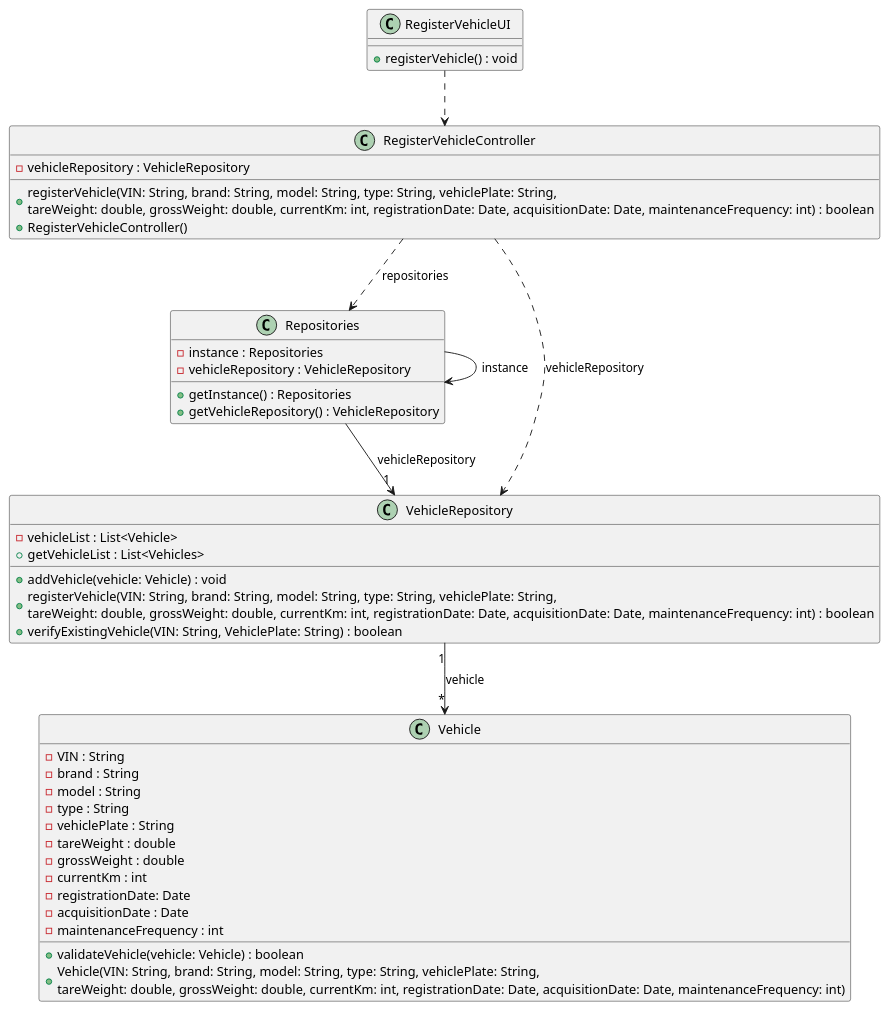
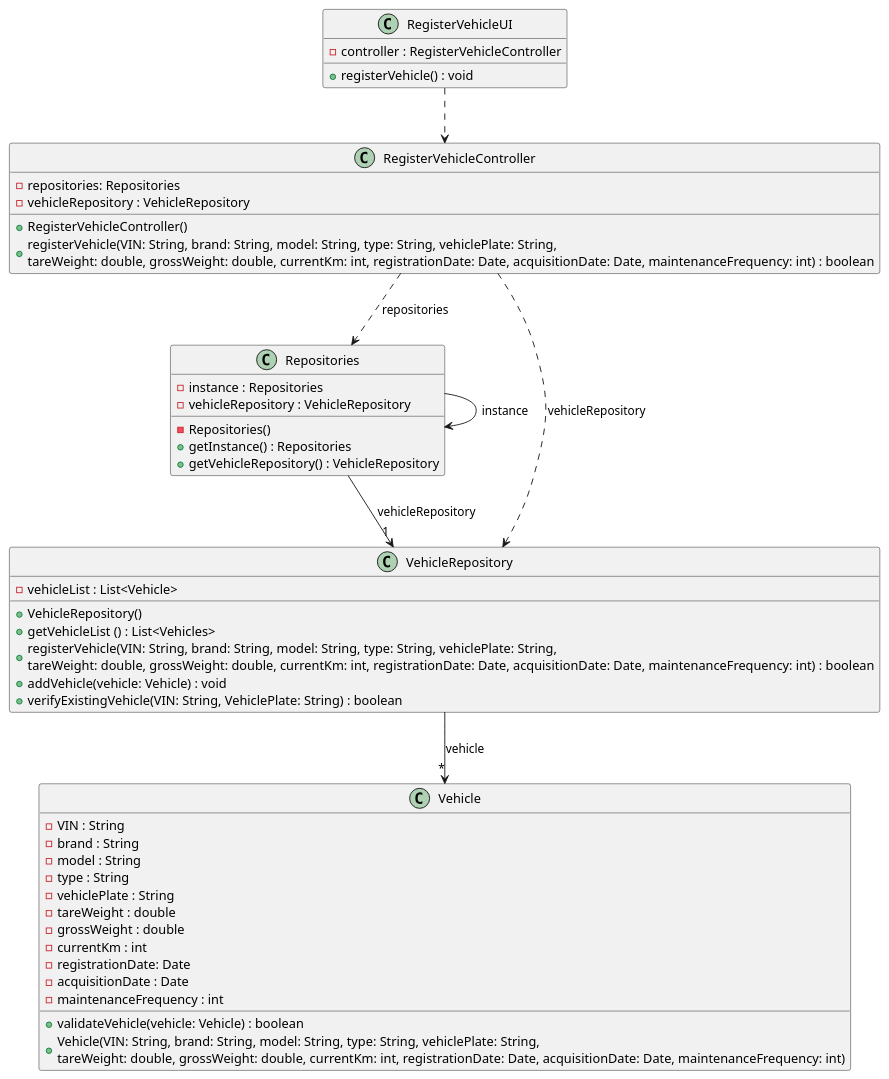
Before and after one commit to ricardomm7/leaflink: the diagram in docs/sprintB/us006/03.design/puml/us006-class-diagram.puml, drawn with PlantUML. The commit also changed 10 other files, not shown here.

Commit message:
Refactor ListMaintenanceController and RegisterVehicleController for clarity and consistency; update sequence diagrams to reflect changes

```diff
--- a/docs/sprintB/us006/03.design/puml/us006-class-diagram.puml
+++ b/docs/sprintB/us006/03.design/puml/us006-class-diagram.puml
@@ -1,56 +1,63 @@
 @startuml
 skinparam shadowing false
 skinparam line type polyline
 
 'left to right direction
 
     class RegisterVehicleUI {
+        - controller : RegisterVehicleController
         + registerVehicle() : void
     }
 
     class RegisterVehicleController {
+        - repositories: Repositories
         - vehicleRepository : VehicleRepository
+
+        + RegisterVehicleController()
         + registerVehicle(VIN: String, brand: String, model: String, type: String, vehiclePlate: String, \ntareWeight: double, grossWeight: double, currentKm: int, registrationDate: Date, acquisitionDate: Date, maintenanceFrequency: int) : boolean
-        + RegisterVehicleController()
     }
 
     class Repositories {
         - instance : Repositories
         - vehicleRepository : VehicleRepository
+
+        - Repositories()
         + getInstance() : Repositories
         + getVehicleRepository() : VehicleRepository
     }
 
     class VehicleRepository {
         - vehicleList : List<Vehicle>
-        + getVehicleList : List<Vehicles>
+
+        + VehicleRepository()
+        + getVehicleList () : List<Vehicles>
+        + registerVehicle(VIN: String, brand: String, model: String, type: String, vehiclePlate: String, \ntareWeight: double, grossWeight: double, currentKm: int, registrationDate: Date, acquisitionDate: Date, maintenanceFrequency: int) : boolean
         + addVehicle(vehicle: Vehicle) : void
-        + registerVehicle(VIN: String, brand: String, model: String, type: String, vehiclePlate: String, \ntareWeight: double, grossWeight: double, currentKm: int, registrationDate: Date, acquisitionDate: Date, maintenanceFrequency: int) : boolean
         + verifyExistingVehicle(VIN: String, VehiclePlate: String) : boolean
     }
 
     class Vehicle {
         - VIN : String
         - brand : String
         - model : String
         - type : String
         - vehiclePlate : String
         - tareWeight : double
         - grossWeight : double
         - currentKm : int
         - registrationDate: Date
         - acquisitionDate : Date
         - maintenanceFrequency : int
 
         + validateVehicle(vehicle: Vehicle) : boolean
         + Vehicle(VIN: String, brand: String, model: String, type: String, vehiclePlate: String, \ntareWeight: double, grossWeight: double, currentKm: int, registrationDate: Date, acquisitionDate: Date, maintenanceFrequency: int)
     }
 
 RegisterVehicleUI ..> RegisterVehicleController
 RegisterVehicleController ..> Repositories: repositories
 Repositories --> Repositories: instance
 RegisterVehicleController ..> VehicleRepository: vehicleRepository
 Repositories --> "1"VehicleRepository: vehicleRepository
-VehicleRepository "1"-->"*" Vehicle: vehicle
+VehicleRepository -->"*" Vehicle: vehicle
 
 @enduml
```
